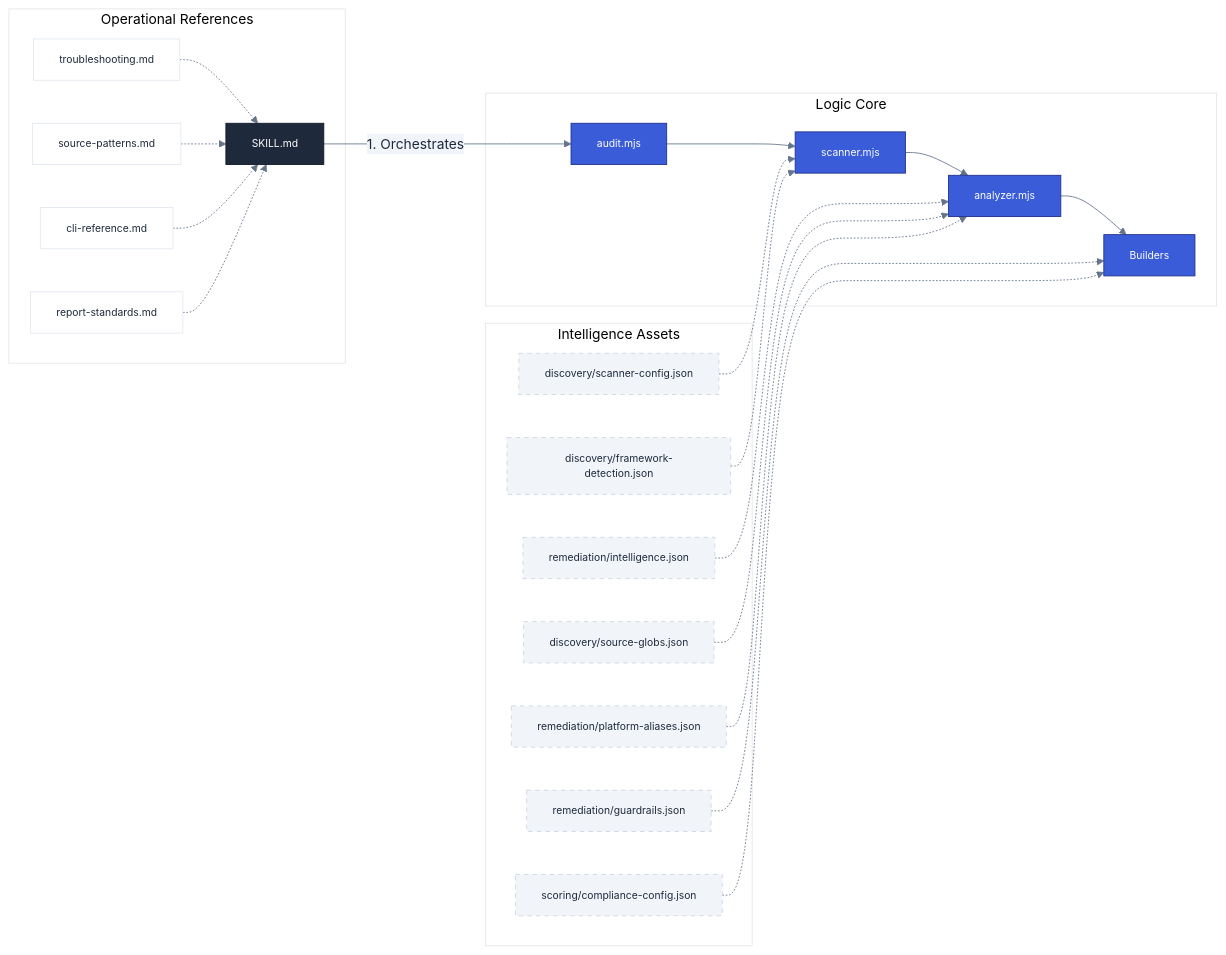
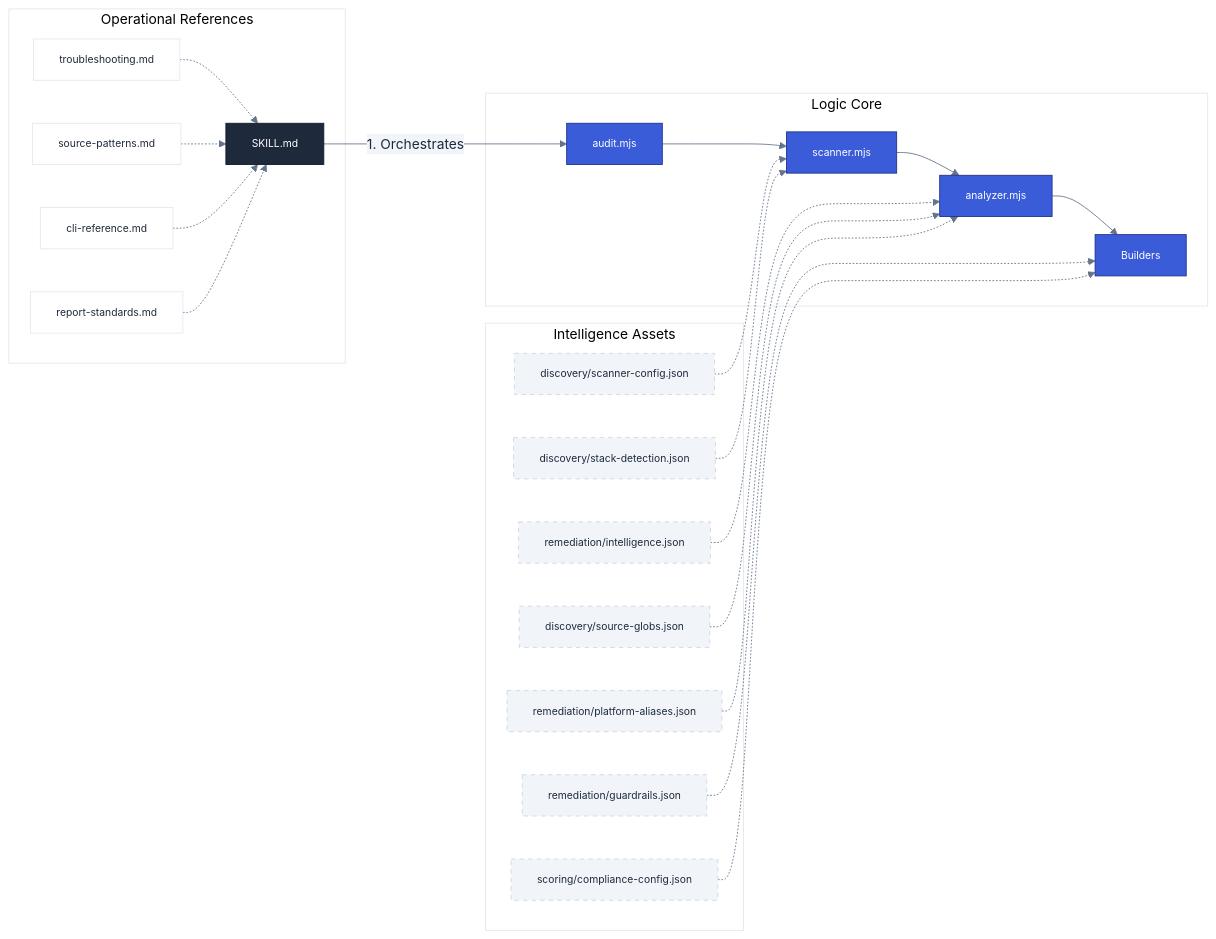
The second of 2 diagrams in docs/engine-manifest.md (diegovelasquezweb/a11y-skill), drawn with Mermaid before and after one commit. The commit also changed other lines of this file and 11 other files, not shown here.

Commit message:
refactor: reimplement stack detection to remove DOM-based analysis, relying on file system and package.json, and add path normalization filters.

````diff
--- a/docs/engine-manifest.md
+++ b/docs/engine-manifest.md
@@ -116,37 +116,37 @@
 ```mermaid
 %%{init: { 'theme': 'base', 'themeVariables': { 'primaryColor': '#3b5cd9', 'primaryTextColor': '#1e293b', 'primaryBorderColor': '#1e308a', 'lineColor': '#64748b', 'secondaryColor': '#f1f5f9', 'tertiaryColor': '#fff', 'mainBkg': '#fff', 'nodeBorder': '#e2e8f0' } } }%%
 flowchart LR
     A[SKILL.md] -- "1. Orchestrates" --> B[audit.mjs]
 
     subgraph Engine ["Logic Core"]
         B --> C[scanner.mjs]
         C --> D[analyzer.mjs]
         D --> E[Builders]
     end
 
     subgraph Data ["Intelligence Assets"]
         AS1[discovery/scanner-config.json] -.-> C
-        AS2[discovery/framework-detection.json] -.-> C
+        AS2[discovery/stack-detection.json] -.-> C
         AS3[remediation/intelligence.json] -.-> D
         AS4[discovery/source-globs.json] -.-> D
         AS5[remediation/platform-aliases.json] -.-> D
         AS6[remediation/guardrails.json] -.-> E
         AS7[scoring/compliance-config.json] -.-> E
     end
 
     subgraph Knowledge ["Operational References"]
         R1[troubleshooting.md] -.-> A
         R2[source-patterns.md] -.-> A
         R3[cli-reference.md] -.-> A
         R4[report-standards.md] -.-> A
     end
 
     classDef default font-family:Inter,sans-serif,font-size:12px;
     classDef playbook fill:#1e293b,color:#fff,stroke:#0f172a;
     classDef core fill:#3b5cd9,color:#fff,stroke:#1e308a;
     classDef storage fill:#f1f5f9,stroke:#cbd5e1,stroke-dasharray: 5 5;
 
     class A playbook;
     class B,C,D,E core;
     class AS1,AS2,AS3,AS4,AS5,AS6,AS7 storage;
 ```
````
